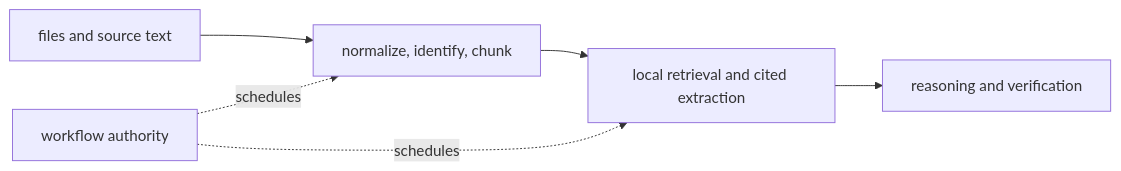
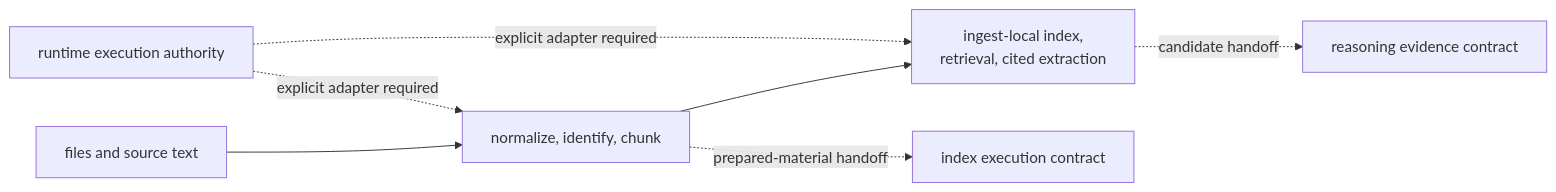
The diagram in docs/02-bijux-canon-ingest/foundation/index.md (bijux/bijux-canon), drawn with Mermaid before and after one commit. The commit also changed other lines of this file and 1 other file, not shown here.

Commit message:
docs(ingest): correct handoff and recovery boundaries

````diff
--- a/docs/02-bijux-canon-ingest/foundation/index.md
+++ b/docs/02-bijux-canon-ingest/foundation/index.md
@@ -20,12 +20,15 @@
 ```mermaid
 flowchart LR
     source["files and source text"]
     prepare["normalize, identify, chunk"]
-    retrieve["local retrieval and cited extraction"]
-    reason["reasoning and verification"]
-    runtime["workflow authority"]
+    local["ingest-local index,<br/>retrieval, cited extraction"]
+    index["index execution contract"]
+    reason["reasoning evidence contract"]
+    runtime["runtime execution authority"]
 
-    source --> prepare --> retrieve --> reason
-    runtime -. schedules .-> prepare
-    runtime -. schedules .-> retrieve
+    source --> prepare --> local
+    prepare -. prepared-material handoff .-> index
+    local -. candidate handoff .-> reason
+    runtime -. explicit adapter required .-> prepare
+    runtime -. explicit adapter required .-> local
 ```
````
